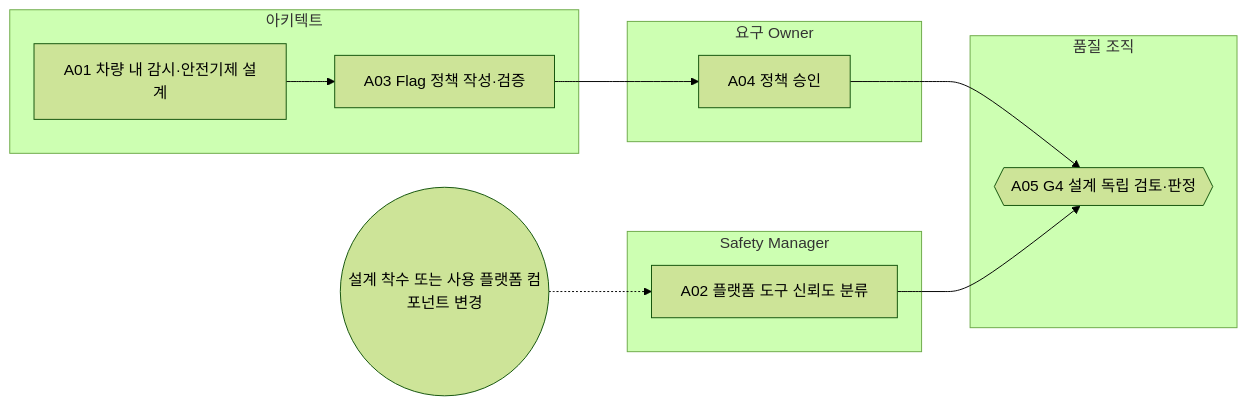
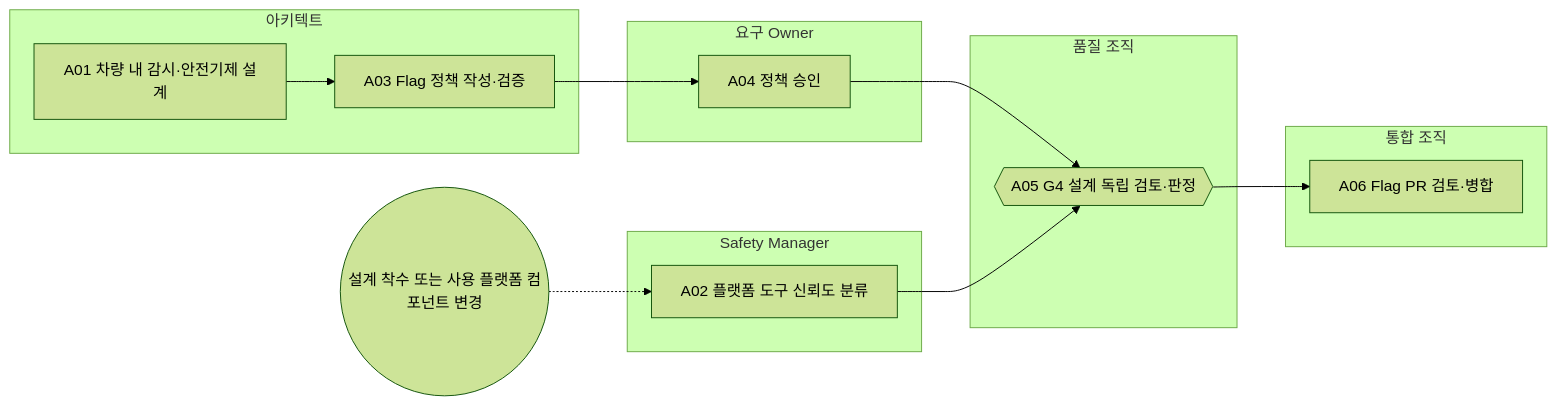
Before and after one commit to mutuuslab/feature-topology-platform: the diagram in docs/65-workflows/out/processes/FPW.4.md, drawn with Mermaid (forest theme). The commit also changed other lines of this file and 125 other files, not shown here.

````diff
--- a/docs/65-workflows/out/processes/FPW.4.md
+++ b/docs/65-workflows/out/processes/FPW.4.md
@@ -26,21 +26,25 @@
 ```mermaid
 flowchart LR
   subgraph R_ARC["아키텍트"]
     FPW_4_A01["A01 차량 내 감시·안전기제 설계"]
     FPW_4_A03["A03 Flag 정책 작성·검증"]
   end
   subgraph R_REQ["요구 Owner"]
     FPW_4_A04["A04 정책 승인"]
   end
   subgraph R_SM["Safety Manager"]
     FPW_4_A02["A02 플랫폼 도구 신뢰도 분류"]
   end
   subgraph R_QA["품질 조직"]
     FPW_4_A05{{"A05 G4 설계 독립 검토·판정"}}
   end
+  subgraph R_INT["통합 조직"]
+    FPW_4_A06["A06 Flag PR 검토·병합"]
+  end
   FPW_4_A01 --> FPW_4_A03
   FPW_4_A03 --> FPW_4_A04
   FPW_4_A04 --> FPW_4_A05
   T_FPW_4_A02(("설계 착수 또는 사용 플랫폼 컴포넌트 변경")) -.-> FPW_4_A02
   FPW_4_A02 --> FPW_4_A05
+  FPW_4_A05 --> FPW_4_A06
 ```
````
